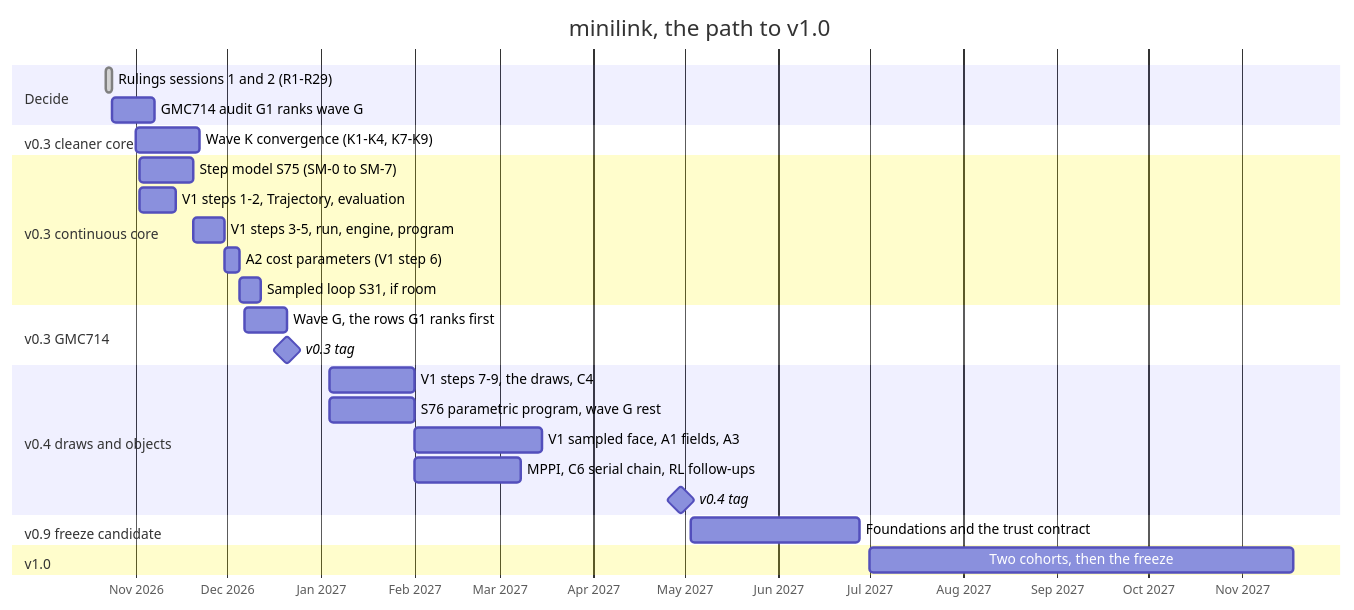
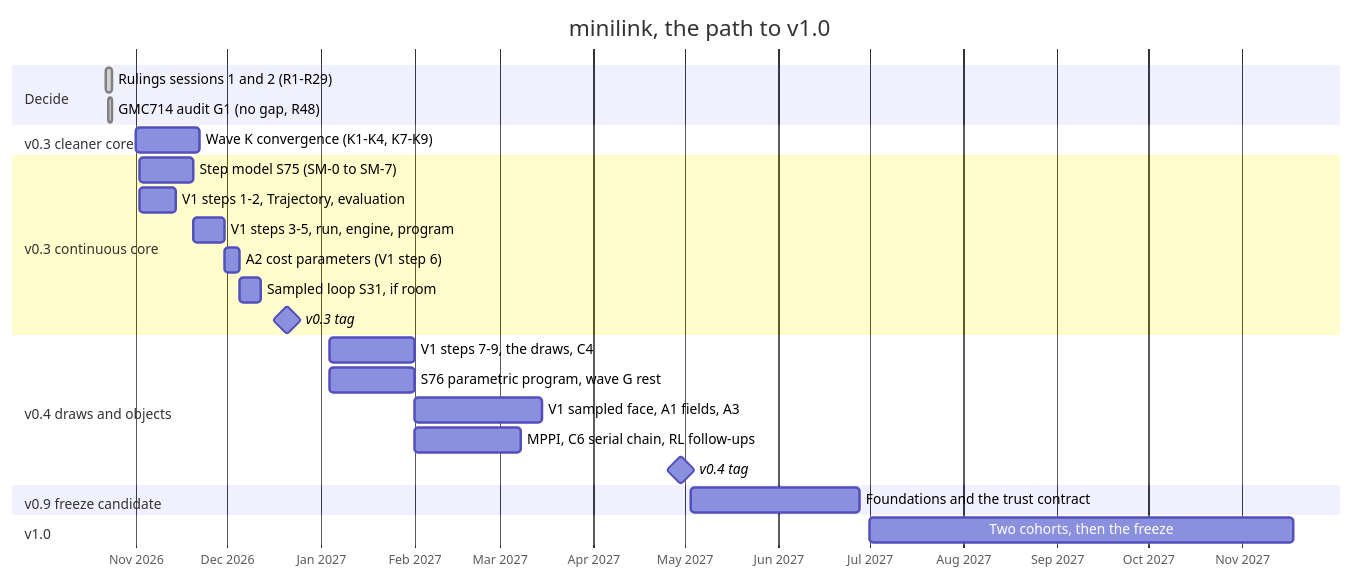
One commit to alx87grd/minilink changed the diagram in docs/dev/ROADMAP.md. Above: the diagram before and after it, drawn with Mermaid. The commit also changed other lines of this file and 4 other files, not shown here.

````diff
--- a/docs/dev/ROADMAP.md
+++ b/docs/dev/ROADMAP.md
@@ -244,30 +255,28 @@
 ```mermaid
 gantt
     title minilink, the path to v1.0
     dateFormat YYYY-MM-DD
     axisFormat %b %Y
     section Decide
     Rulings sessions 1 and 2 (R1-R29)     :done, rul1, 2026-10-22, 2d
-    GMC714 audit G1 ranks wave G          :g1, 2026-10-24, 2w
+    GMC714 audit G1 (no gap, R48)         :done, g1, 2026-10-23, 1d
     section v0.3 cleaner core
     Wave K convergence (K1-K4, K7-K9)     :k, 2026-11-01, 3w
     section v0.3 continuous core
     Step model S75 (SM-0 to SM-7)         :s75, 2026-11-02, 18d
     V1 steps 1-2, Trajectory, evaluation  :v1a, 2026-11-02, 12d
     V1 steps 3-5, run, engine, program    :v1b, after s75, 10d
     A2 cost parameters (V1 step 6)        :a2, after v1b, 5d
     Sampled loop S31, if room             :s31, after a2, 7d
-    section v0.3 GMC714
-    Wave G, the rows G1 ranks first       :g, 2026-12-07, 14d
     v0.3 tag                              :milestone, v03, 2026-12-21, 0d
     section v0.4 draws and objects
     V1 steps 7-9, the draws, C4           :v1c, 2027-01-04, 4w
     S76 parametric program, wave G rest   :s76, 2027-01-04, 4w
     V1 sampled face, A1 fields, A3        :a13, after v1c, 6w
     MPPI, C6 serial chain, RL follow-ups  :mp, after v1c, 5w
     v0.4 tag                              :milestone, v04, 2027-04-30, 0d
     section v0.9 freeze candidate
     Foundations and the trust contract    :v09, 2027-05-03, 8w
     section v1.0
     Two cohorts, then the freeze          :v10, 2027-07-01, 20w
 ```
````
